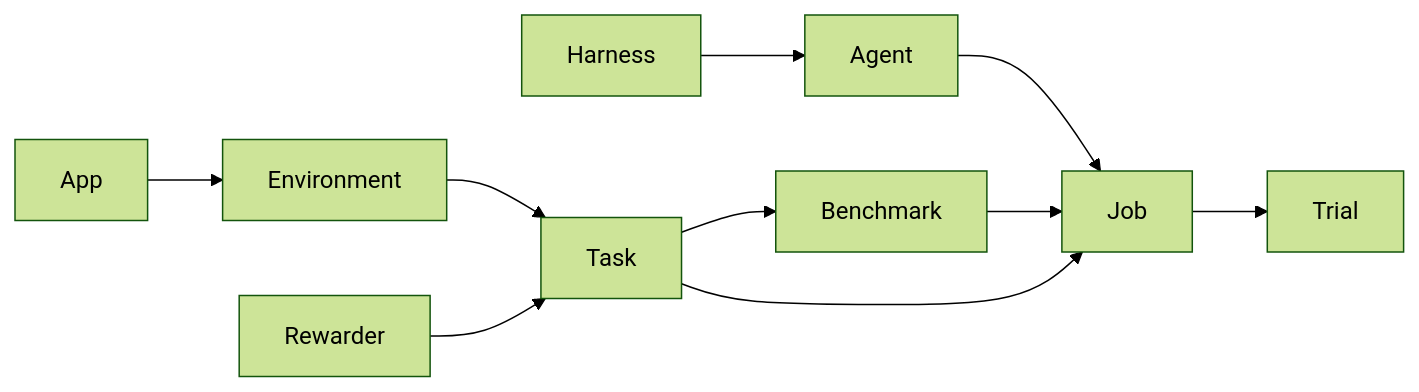
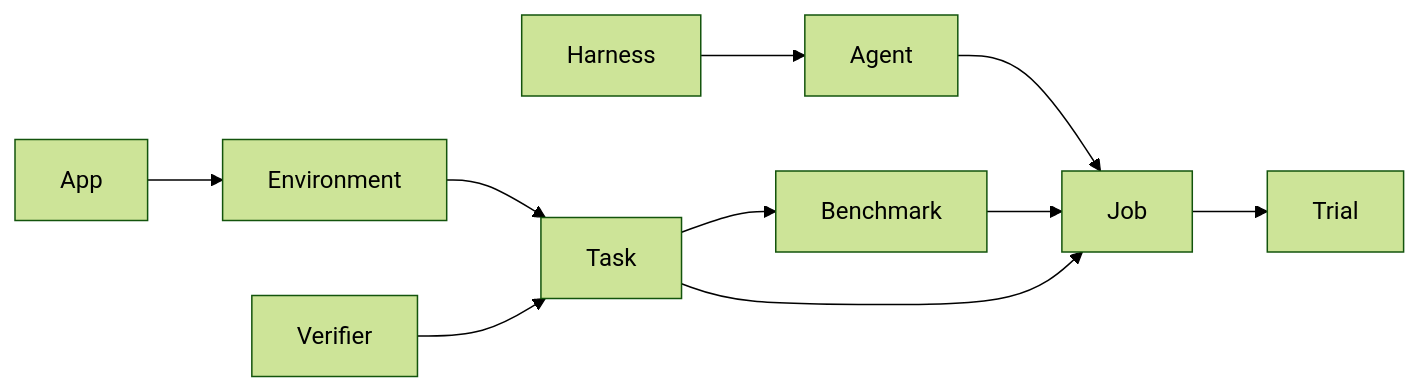
One commit to lastlabs-ai/plural changed the diagram in docs/getting-started/concepts.md. Above: the diagram before and after it, drawn with Mermaid (forest theme). The commit also changed other lines of this file and 194 other files, not shown here.

````diff
--- a/docs/getting-started/concepts.md
+++ b/docs/getting-started/concepts.md
@@ -39,21 +39,21 @@
 ```mermaid
 flowchart LR
   app[App]
   env[Environment]
-  ver[Rewarder]
+  ver[Verifier]
   task[Task]
   agent[Agent]
   harness[Harness]
   bench[Benchmark]
   job[Job]
   trial[Trial]
   app --> env
   env --> task
   ver --> task
   task --> bench
   harness --> agent
   agent --> job
   bench --> job
   task --> job
   job --> trial
 ```
````
